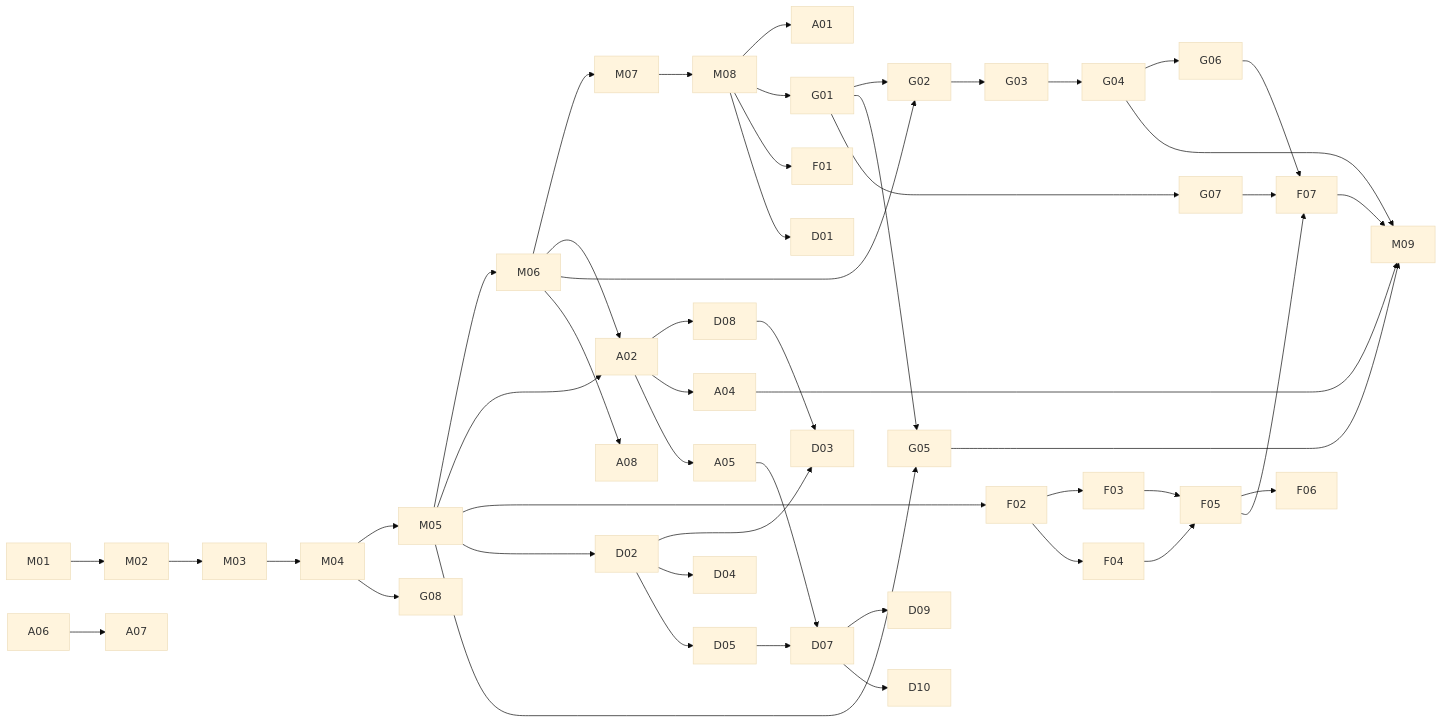
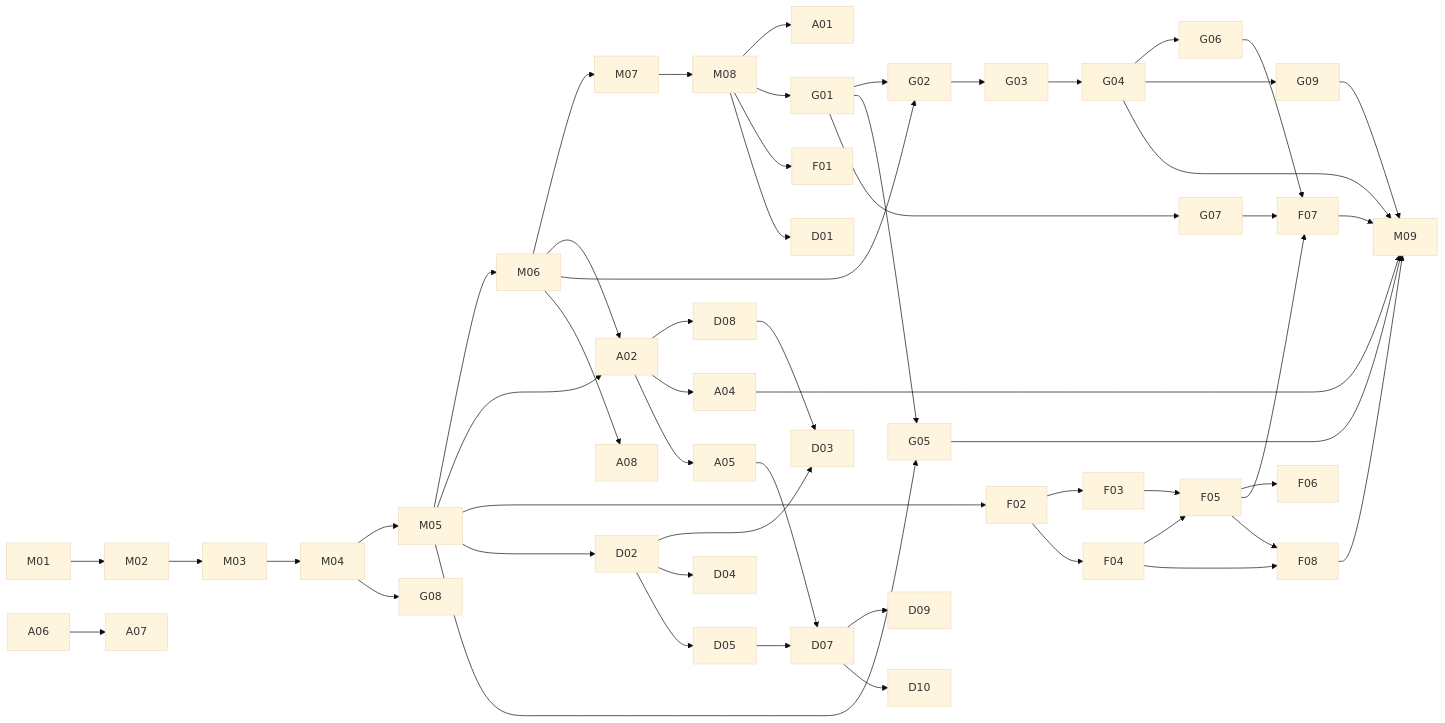
The diagram in docs/plan/LANES.md (mlip3191/battleRoyale), drawn with Mermaid (base theme) before and after one commit. The commit also changed other lines of this file and 11 other files, not shown here.

````diff
--- a/docs/plan/LANES.md
+++ b/docs/plan/LANES.md
@@ -58,21 +59,24 @@
 ```mermaid
 graph LR
   M01-->M02-->M03-->M04-->M05-->M06-->M07-->M08
   M08-->A01 & G01 & F01 & D01
   M05-->A02 & F02 & D02 & G05
   M06-->A02 & G02 & A08
   A02-->D08 & A04 & A05
   G01-->G02 & G05 & G07
   G02-->G03-->G04-->G06
   F02-->F03 & F04
   F03 & F04-->F05-->F06
   F05 & G06 & G07-->F07
+  G04-->G09
+  F04 & F05-->F08
+  G09 & F08-->M09
   D02-->D03 & D04 & D05
   D08-->D03
   D05-->D07
   A05-->D07
   A06-->A07
   M04-->G08
   G04 & G05 & F07 & A04-->M09
   D07-->D09 & D10
 ```
````
